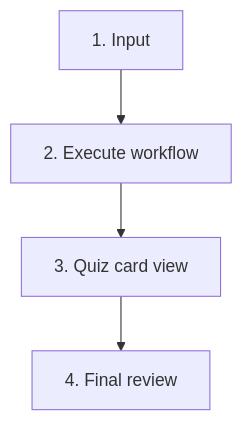
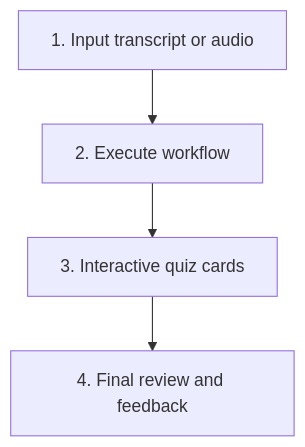
One commit to ohdoking/2026-cognee-dify-hackathon changed the second of 5 diagrams in slides/slides.md. Above: the diagram before and after it, drawn with Mermaid. The commit also changed other lines of this file, not shown here.

````diff
--- a/slides/slides.md
+++ b/slides/slides.md
@@ -76,6 +54,6 @@
 ```mermaid
 flowchart TD
-    A[1. Input] --> B[2. Execute workflow]
-    B --> C[3. Quiz card view]
-    C --> D[4. Final review]
+    A[1. Input transcript or audio] --> B[2. Execute workflow]
+    B --> C[3. Interactive quiz cards]
+    C --> D[4. Final review and feedback]
 ```
````
